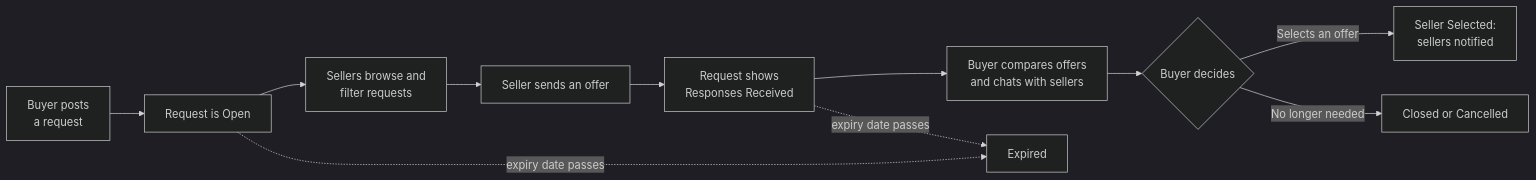
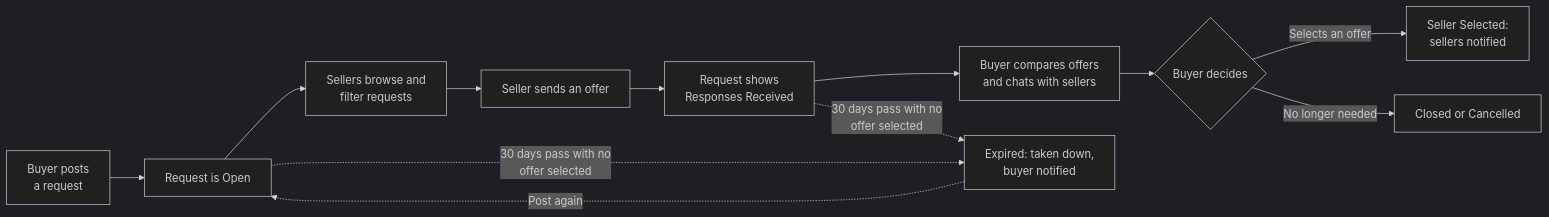
Before and after one commit to maliha-shazad/PickingPrice: the third of 7 diagrams in docs/ANALYSIS_MODELS.md, drawn with Mermaid (dark theme). The commit also changed other lines of this file and 62 other files, not shown here.

````diff
--- a/docs/ANALYSIS_MODELS.md
+++ b/docs/ANALYSIS_MODELS.md
@@ -56,13 +56,14 @@
 ```mermaid
 flowchart LR
   A[Buyer posts<br/>a request] --> B[Request is Open]
   B --> C[Sellers browse and<br/>filter requests]
   C --> D[Seller sends an offer]
   D --> E[Request shows<br/>Responses Received]
   E --> F[Buyer compares offers<br/>and chats with sellers]
   F --> G{Buyer decides}
   G -- Selects an offer --> H[Seller Selected:<br/>sellers notified]
   G -- No longer needed --> I[Closed or Cancelled]
-  B -. expiry date passes .-> J[Expired]
-  E -. expiry date passes .-> J
+  B -. 30 days pass with no<br/>offer selected .-> J[Expired: taken down,<br/>buyer notified]
+  E -. 30 days pass with no<br/>offer selected .-> J
+  J -. Post again .-> B
 ```
````
